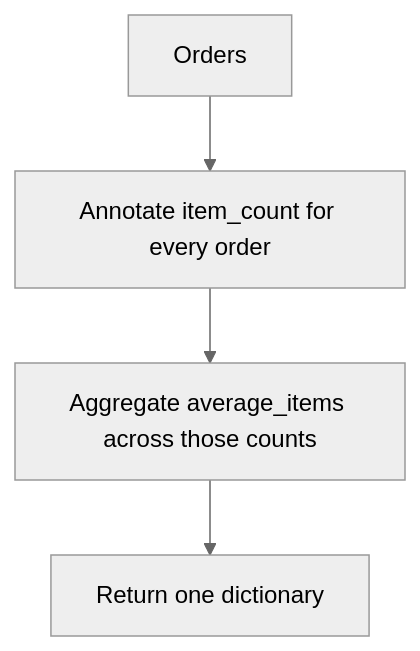
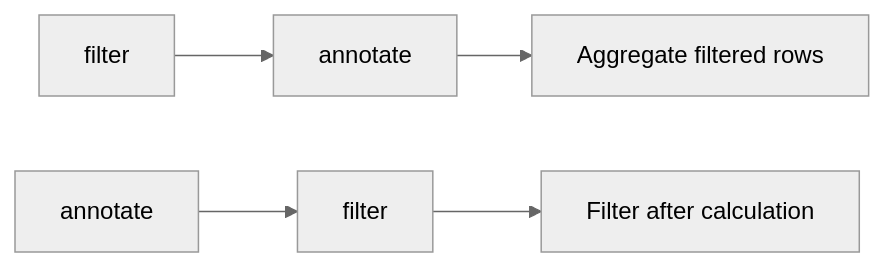
Before and after one commit to AvadhBhalodiya/Interview-Preparation: the fourth of 5 diagrams in src/content/django/q-f-annotate-aggregate.md, drawn with Mermaid (neutral theme). The commit also changed other lines of this file and 80 other files, not shown here.

````diff
--- a/src/content/django/q-f-annotate-aggregate.md
+++ b/src/content/django/q-f-annotate-aggregate.md
@@ -1009,6 +809,8 @@
 ```mermaid
-flowchart TD
-    A[Orders] --> B[Annotate item_count for every order]
-    B --> C[Aggregate average_items across those counts]
-    C --> D[Return one dictionary]
+flowchart LR
+    A[filter] --> B[annotate]
+    B --> C[Aggregate filtered rows]
+
+    D[annotate] --> E[filter]
+    E --> F[Filter after calculation]
 ```
````
